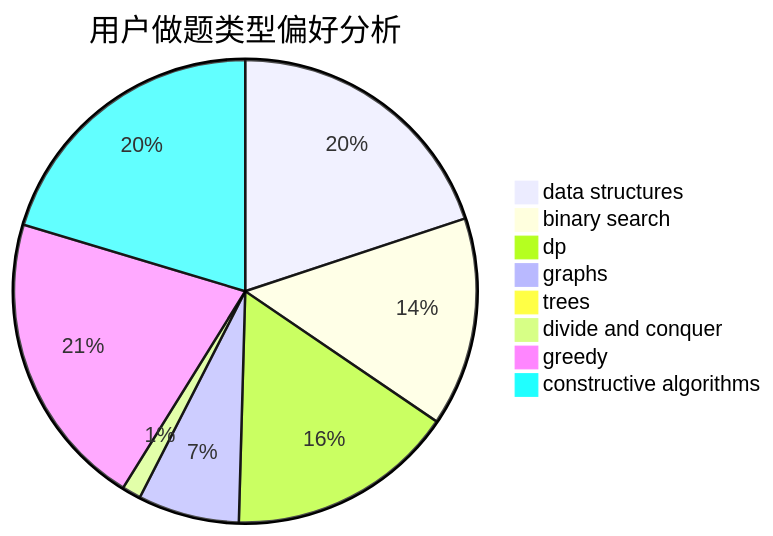
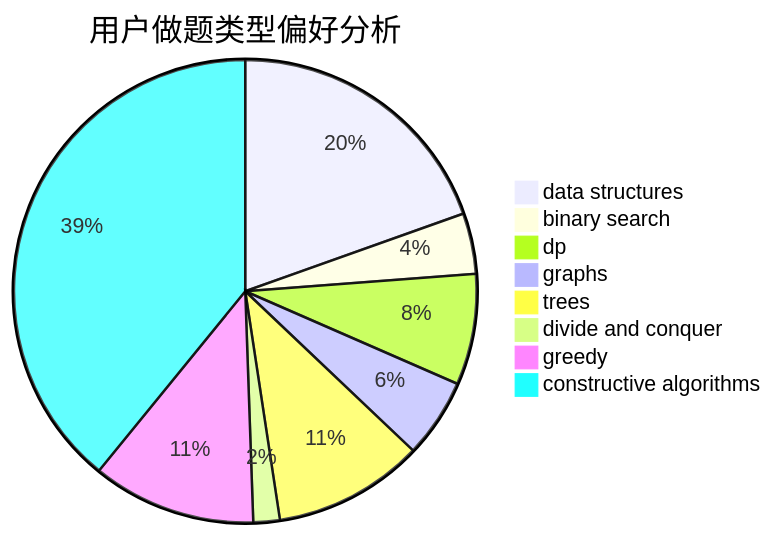
The second of 3 diagrams in docs/user/u653.md (sherpahu/cfrs.github.io), drawn with Mermaid before and after one commit. The commit also changed other lines of this file and 2770 other files, not shown here.

````diff
--- a/docs/user/u653.md
+++ b/docs/user/u653.md
@@ -23,11 +23,11 @@
 ```mermaid
 pie title 用户做题类型偏好分析
-    "data structures" :  45
-    "binary search" :  33
-    "dp" :  36
-    "graphs" :  16
-    "trees" :  2
-    "divide and conquer" :  3
-    "greedy" :  47
-    "constructive algorithms" :  46
+    "data structures" :  106
+    "binary search" :  23
+    "dp" :  42
+    "graphs" :  30
+    "trees" :  57
+    "divide and conquer" :  10
+    "greedy" :  62
+    "constructive algorithms" :  212
 ```
````
